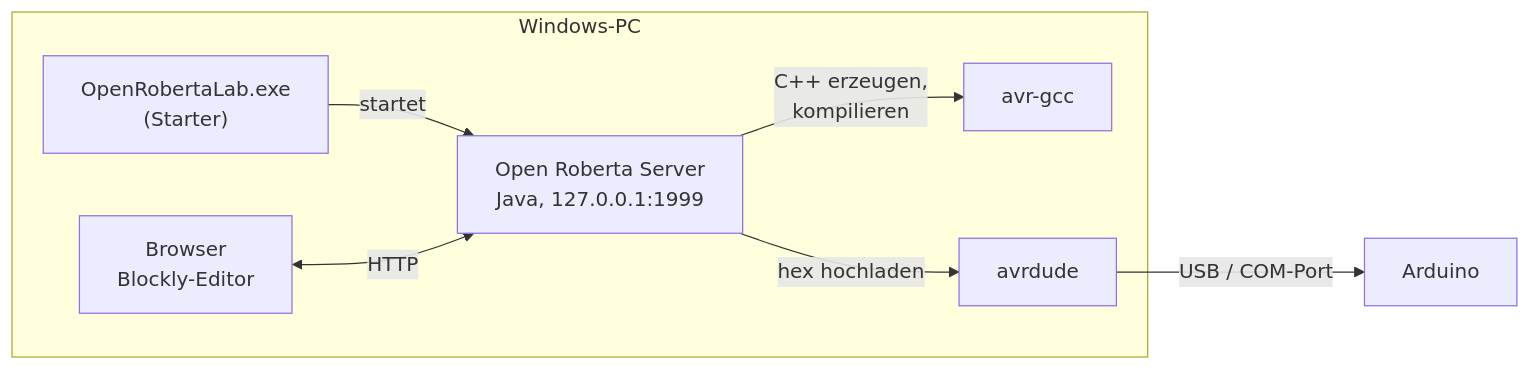
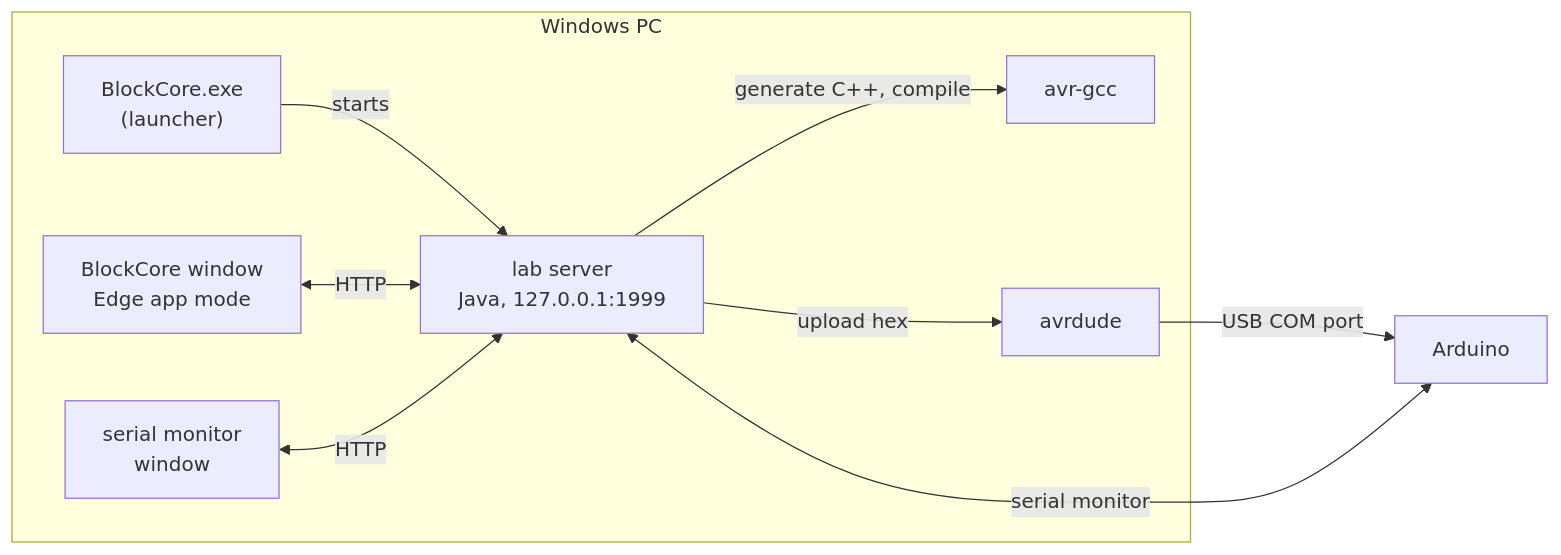
One commit to marvinramm/BlockCore changed the diagram in README.md. Above: the diagram before and after it, drawn with Mermaid. The commit also changed other lines of this file and 92 other files, not shown here.

````diff
--- a/README.md
+++ b/README.md
@@ -180,10 +108,12 @@
 ```mermaid
 flowchart LR
-    subgraph PC["Windows-PC"]
-        L["OpenRobertaLab.exe<br/>(Starter)"] -->|startet| S["Open Roberta Server<br/>Java, 127.0.0.1:1999"]
-        B["Browser<br/>Blockly-Editor"] <-->|HTTP| S
-        S -->|C++ erzeugen,<br/>kompilieren| G["avr-gcc"]
-        S -->|hex hochladen| D["avrdude"]
+    subgraph PC["Windows PC"]
+        L["BlockCore.exe<br/>(launcher)"] -->|starts| S["lab server<br/>Java, 127.0.0.1:1999"]
+        W["BlockCore window<br/>Edge app mode"] <-->|HTTP| S
+        M["serial monitor<br/>window"] <-->|HTTP| S
+        S -->|generate C++, compile| G["avr-gcc"]
+        S -->|upload hex| D["avrdude"]
     end
-    D -->|USB / COM-Port| A["Arduino"]
+    D -->|USB COM port| A["Arduino"]
+    S <-->|serial monitor| A
 ```
````
